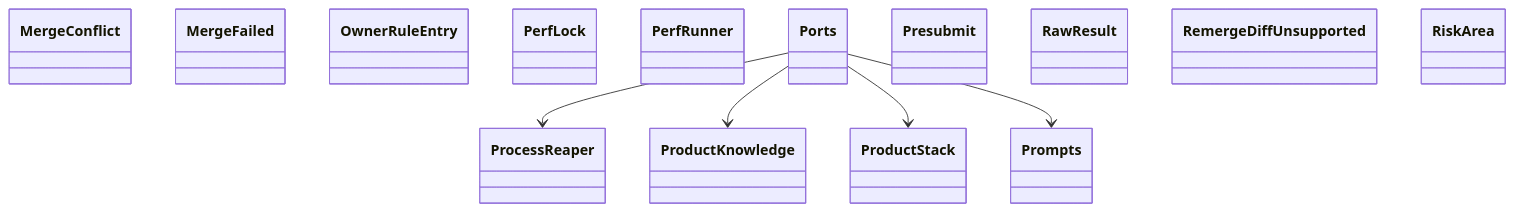
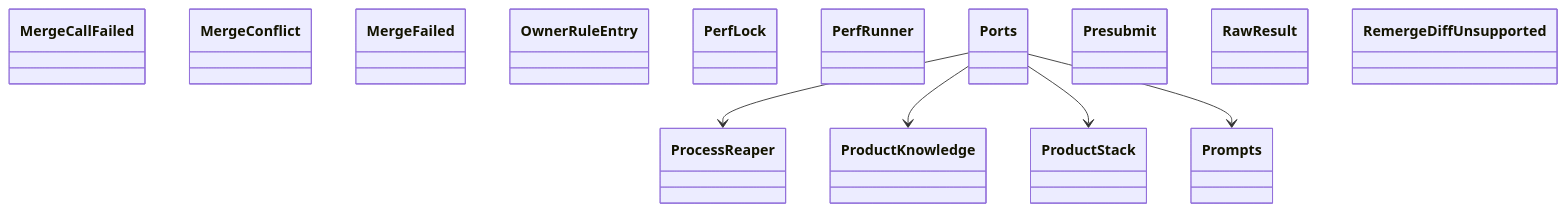
Before and after one commit to GonzaloZevallos/agentic-system: the diagram in docs/architecture/generated/classes-process-application-support-4.md, drawn with Mermaid. The commit also changed 8 other files, not shown here.

Commit message:
Regenerate the architecture and CLI reference pages

````diff
--- a/docs/architecture/generated/classes-process-application-support-4.md
+++ b/docs/architecture/generated/classes-process-application-support-4.md
@@ -19,21 +19,21 @@
 ```mermaid
 classDiagram
+    class ports__MergeCallFailed["MergeCallFailed"]
     class ports__MergeConflict["MergeConflict"]
     class ports__MergeFailed["MergeFailed"]
     class ports__OwnerRuleEntry["OwnerRuleEntry"]
     class ports__PerfLock["PerfLock"]
     class ports__PerfRunner["PerfRunner"]
     class ports__Ports["Ports"]
     class ports__Presubmit["Presubmit"]
     class ports__ProcessReaper["ProcessReaper"]
     class ports__ProductKnowledge["ProductKnowledge"]
     class ports__ProductStack["ProductStack"]
     class ports__Prompts["Prompts"]
     class ports__RawResult["RawResult"]
     class ports__RemergeDiffUnsupported["RemergeDiffUnsupported"]
-    class ports__RiskArea["RiskArea"]
     ports__Ports --> ports__ProcessReaper
     ports__Ports --> ports__ProductKnowledge
     ports__Ports --> ports__ProductStack
     ports__Ports --> ports__Prompts
 ```
````
